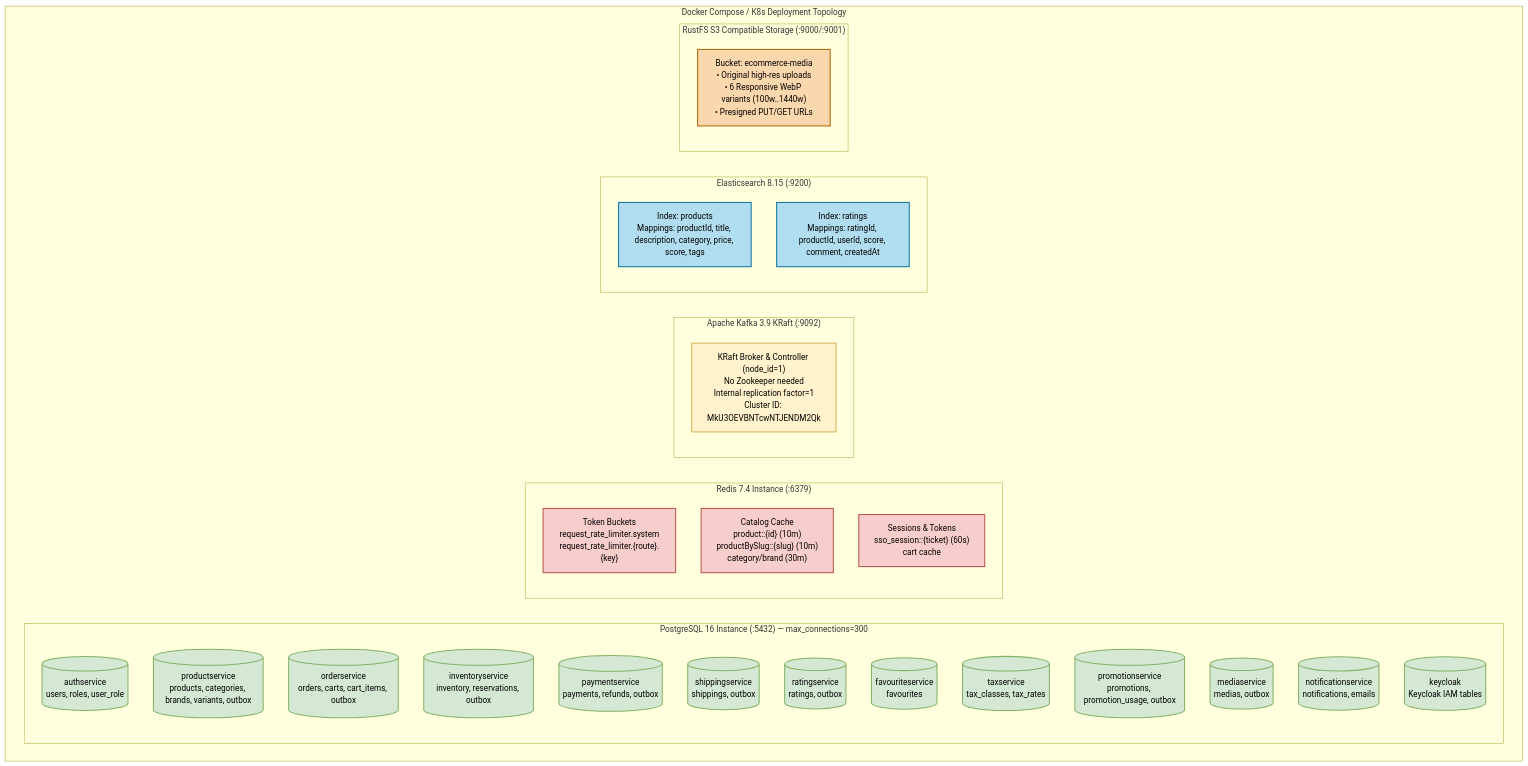
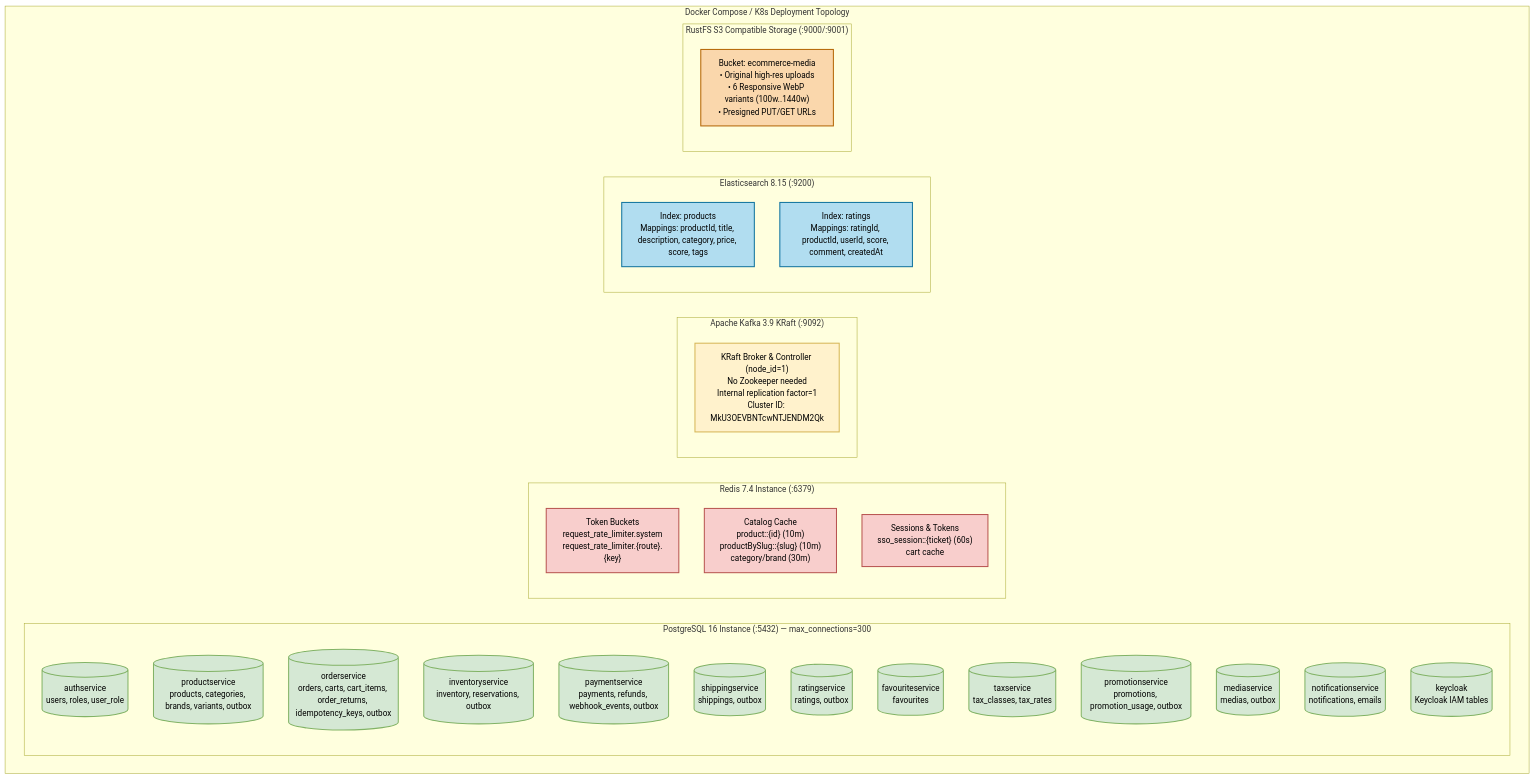
Before and after one commit to tonminhce/petproject: the diagram in docs/architecture/data-stores-infrastructure-topology.mmd, drawn with Mermaid. The commit also changed 17 other files, not shown here.

Commit message:
docs(arch): synchronize architecture diagrams, event topics, endpoints & saga flows

```diff
--- a/docs/architecture/data-stores-infrastructure-topology.mmd
+++ b/docs/architecture/data-stores-infrastructure-topology.mmd
@@ -1,45 +1,45 @@
 %% Data Stores, Storage Architecture & Deployment Topology
 flowchart TB
     classDef pgClass fill:#d5e8d4,stroke:#82b366,stroke-width:2px,color:#000000;
     classDef redisClass fill:#f8cecc,stroke:#b85450,stroke-width:2px,color:#000000;
     classDef kafkaClass fill:#fff2cc,stroke:#d6b656,stroke-width:2px,color:#000000;
     classDef esClass fill:#b1ddf0,stroke:#10739e,stroke-width:2px,color:#000000;
     classDef s3Class fill:#fad7ac,stroke:#b46504,stroke-width:2px,color:#000000;
     classDef svcClass fill:#f5f5f5,stroke:#666666,stroke-width:1px,color:#000000;
 
     subgraph DOCKER_COMPOSE ["Docker Compose / K8s Deployment Topology"]
         subgraph PG_CLUSTER ["PostgreSQL 16 Instance (:5432) — max_connections=300"]
             DB_AUTH[("authservice<br/>users, roles, user_role")]:::pgClass
             DB_PRD[("productservice<br/>products, categories, brands, variants, outbox")]:::pgClass
-            DB_ORD[("orderservice<br/>orders, carts, cart_items, outbox")]:::pgClass
+            DB_ORD[("orderservice<br/>orders, carts, cart_items, order_returns, idempotency_keys, outbox")]:::pgClass
             DB_INV[("inventoryservice<br/>inventory, reservations, outbox")]:::pgClass
-            DB_PAY[("paymentservice<br/>payments, refunds, outbox")]:::pgClass
+            DB_PAY[("paymentservice<br/>payments, refunds, webhook_events, outbox")]:::pgClass
             DB_SHP[("shippingservice<br/>shippings, outbox")]:::pgClass
             DB_RTG[("ratingservice<br/>ratings, outbox")]:::pgClass
             DB_FAV[("favouriteservice<br/>favourites")]:::pgClass
             DB_TAX[("taxservice<br/>tax_classes, tax_rates")]:::pgClass
             DB_PRM[("promotionservice<br/>promotions, promotion_usage, outbox")]:::pgClass
             DB_MED[("mediaservice<br/>medias, outbox")]:::pgClass
             DB_NTF[("notificationservice<br/>notifications, emails")]:::pgClass
             DB_KC[("keycloak<br/>Keycloak IAM tables")]:::pgClass
         end
 
         subgraph REDIS_CLUSTER ["Redis 7.4 Instance (:6379)"]
             R_BUCKETS["Token Buckets<br/>request_rate_limiter.system<br/>request_rate_limiter.{route}.{key}"]:::redisClass
             R_CATALOG["Catalog Cache<br/>product::{id} (10m)<br/>productBySlug::{slug} (10m)<br/>category/brand (30m)"]:::redisClass
             R_SESSIONS["Sessions & Tokens<br/>sso_session::{ticket} (60s)<br/>cart cache"]:::redisClass
         end
 
         subgraph KAFKA_CLUSTER ["Apache Kafka 3.9 KRaft (:9092)"]
             K_BROKER["KRaft Broker & Controller (node_id=1)<br/>No Zookeeper needed<br/>Internal replication factor=1<br/>Cluster ID: MkU3OEVBNTcwNTJENDM2Qk"]:::kafkaClass
         end
 
         subgraph ES_CLUSTER ["Elasticsearch 8.15 (:9200)"]
             ES_IDX_PRD["Index: products<br/>Mappings: productId, title, description, category, price, score, tags"]:::esClass
             ES_IDX_RTG["Index: ratings<br/>Mappings: ratingId, productId, userId, score, comment, createdAt"]:::esClass
         end
 
         subgraph RUSTFS_CLUSTER ["RustFS S3 Compatible Storage (:9000/:9001)"]
             S3_BUCKET["Bucket: ecommerce-media<br/>• Original high-res uploads<br/>• 6 Responsive WebP variants (100w..1440w)<br/>• Presigned PUT/GET URLs"]:::s3Class
         end
     end
```
